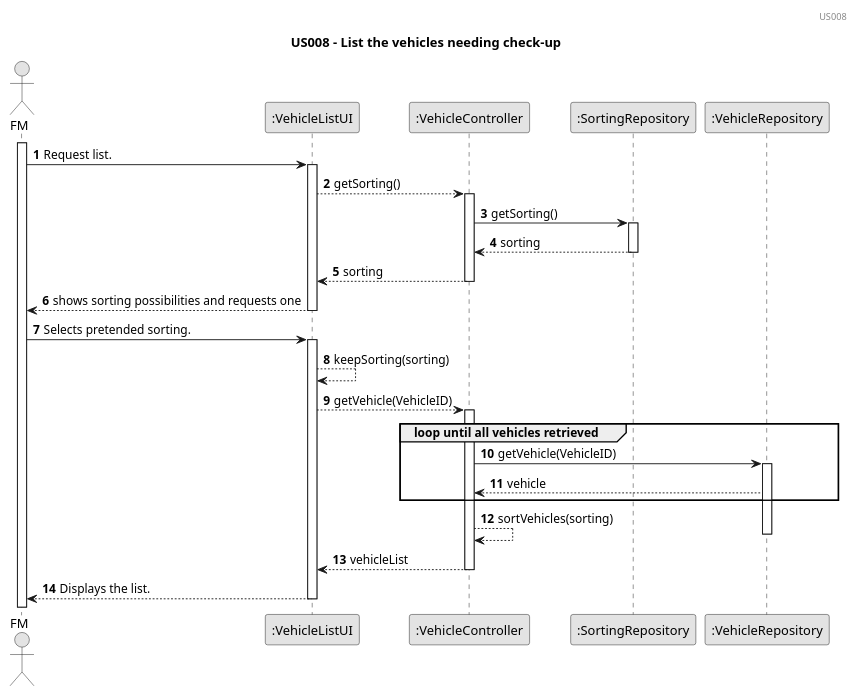
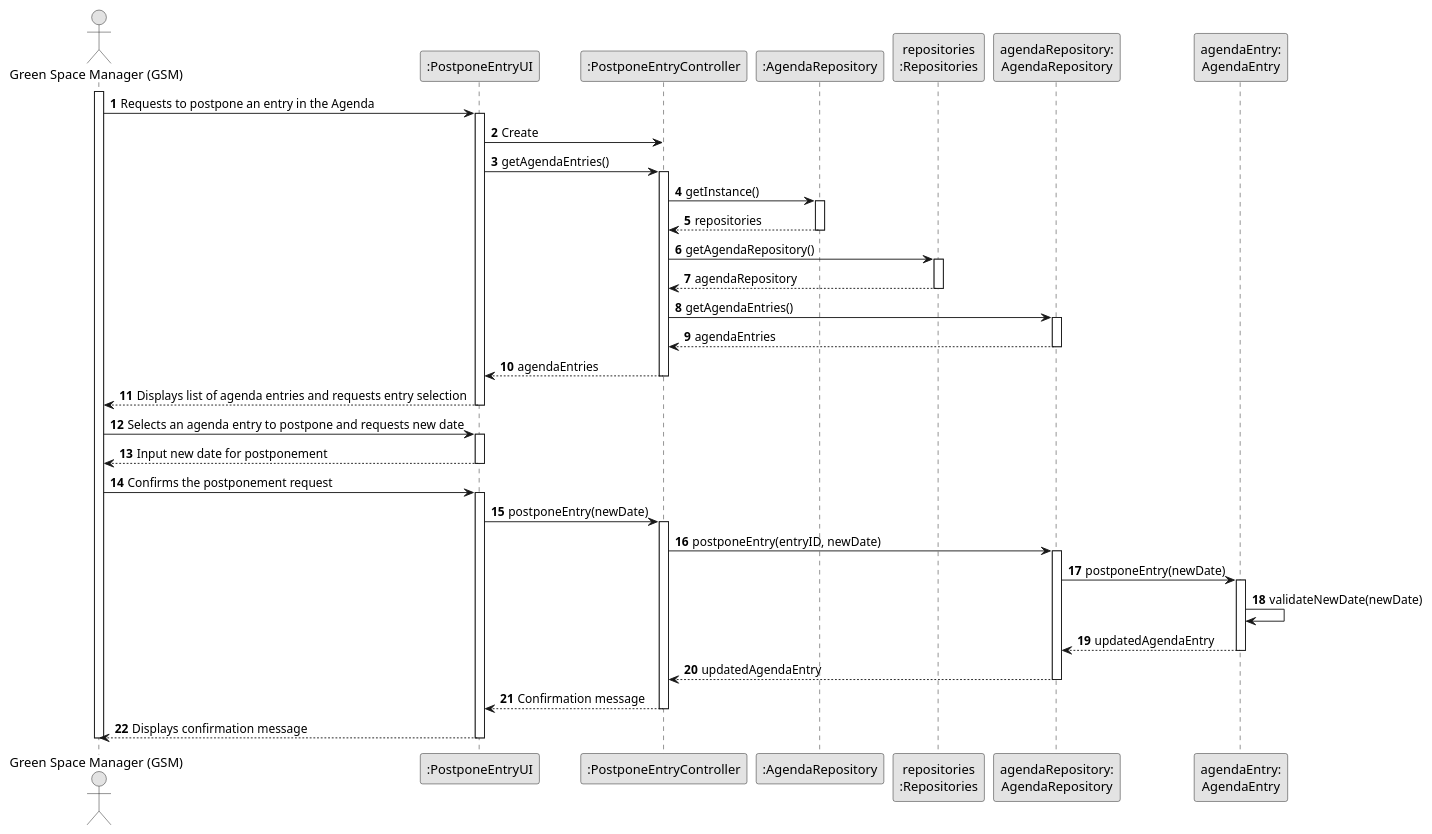
Before and after one commit to rpedros02/lei-24-s2-1DL-g08: the diagram in docs/sprintC/us024/03.design/puml/us024-sequence-diagram-full.puml, drawn with PlantUML. The commit also changed 5 other files, not shown here.

Commit message:
Início dos diagramas da US24

```diff
--- a/docs/sprintC/us024/03.design/puml/us024-sequence-diagram-full.puml
+++ b/docs/sprintC/us024/03.design/puml/us024-sequence-diagram-full.puml
@@ -1,47 +1,65 @@
 @startuml
 skinparam monochrome true
 skinparam packageStyle rectangle
 skinparam shadowing false
 
-title US008 - List the vehicles needing check-up
-header US008
 autonumber
 
-actor "FM" as fm
-participant ":VehicleListUI" as ui
-participant ":VehicleController" as vc
-participant ":SortingRepository" as sr
-participant ":VehicleRepository" as vr
+actor "Green Space Manager (GSM)" as GSM
+participant ":PostponeEntryUI" as UI
+participant ":PostponeEntryController" as CTRL
+participant ":AgendaRepository" as REP
+participant "repositories\n:Repositories" as PLAT
+participant "agendaRepository:\nAgendaRepository" as AGREP
+participant "agendaEntry:\nAgendaEntry" as AgendaEntry
 
-activate fm
-    fm -> ui : Request list.
-    activate ui
-        ui --> vc : getSorting()
-        activate vc
-        vc -> sr : getSorting()
-            activate sr
-            sr --> vc : sorting
-            deactivate sr
-        vc --> ui : sorting
-        deactivate vc
-    ui --> fm : shows sorting possibilities and requests one
-    deactivate ui
-    fm -> ui : Selects pretended sorting.
-    activate ui
-        ui --> ui : keepSorting(sorting)
-        ui --> vc : getVehicle(VehicleID)
-        activate vc
-            group loop until all vehicles retrieved
-                vc -> vr : getVehicle(VehicleID)
-                activate vr
-                vr --> vc : vehicle
-                end
-                vc --> vc : sortVehicles(sorting)
-                deactivate vr
-            vc --> ui : vehicleList
-        deactivate vc
-        ui --> fm : Displays the list.
-    deactivate ui
+activate GSM
 
+GSM -> UI : Requests to postpone an entry in the Agenda
+activate UI
+UI -> CTRL : Create
+UI -> CTRL : getAgendaEntries()
+activate CTRL
+CTRL -> REP : getInstance()
+activate REP
+REP --> CTRL: repositories
+deactivate REP
+CTRL -> PLAT : getAgendaRepository()
+activate PLAT
+PLAT --> CTRL: agendaRepository
+deactivate PLAT
+CTRL -> AGREP : getAgendaEntries()
+activate AGREP
+AGREP --> CTRL : agendaEntries
+deactivate AGREP
+CTRL --> UI : agendaEntries
+deactivate CTRL
+UI --> GSM : Displays list of agenda entries and requests entry selection
+deactivate UI
+
+GSM -> UI : Selects an agenda entry to postpone and requests new date
+activate UI
+UI --> GSM : Input new date for postponement
+deactivate UI
+
+GSM -> UI : Confirms the postponement request
+activate UI
+UI -> CTRL : postponeEntry(newDate)
+activate CTRL
+CTRL -> AGREP : postponeEntry(entryID, newDate)
+activate AGREP
+AGREP -> AgendaEntry : postponeEntry(newDate)
+activate AgendaEntry
+AgendaEntry -> AgendaEntry : validateNewDate(newDate)
+AgendaEntry --> AGREP : updatedAgendaEntry
+deactivate AgendaEntry
+AGREP --> CTRL : updatedAgendaEntry
+deactivate AGREP
+CTRL --> UI : Confirmation message
+deactivate CTRL
+UI --> GSM : Displays confirmation message
+deactivate UI
+
+deactivate GSM
 
 @enduml
```
